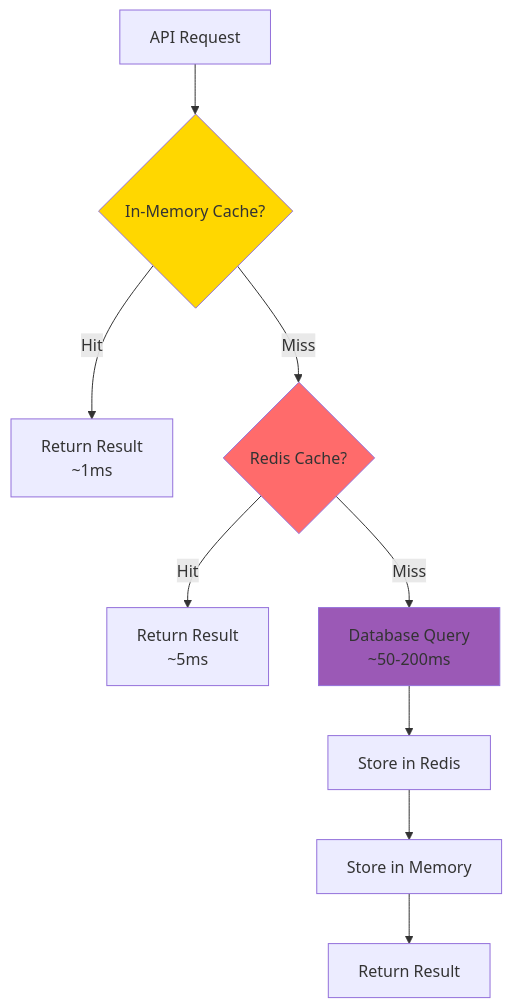
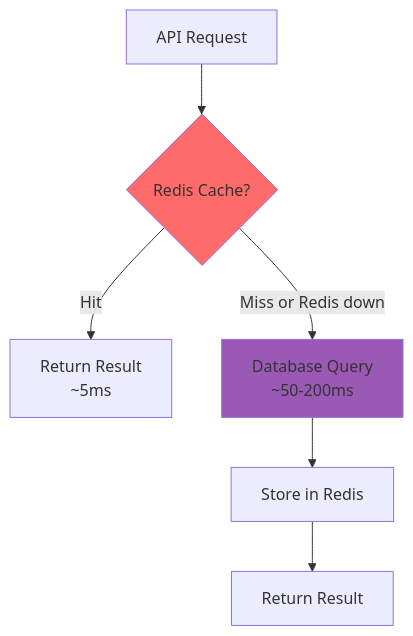
One commit to Ujjwaljain16/Fuze changed the diagram in docs/OPTIMIZATIONS.md. Above: the diagram before and after it, drawn with Mermaid. The commit also changed other lines of this file and 6 other files, not shown here.

First line of the commit message:
docs: architecture, API and security docs describe the code as it is

````diff
--- a/docs/OPTIMIZATIONS.md
+++ b/docs/OPTIMIZATIONS.md
@@ -457,18 +423,13 @@
 ```mermaid
 graph TB
-    Request[API Request] --> Layer1{In-Memory Cache?}
-    
-    Layer1 -->|Hit| Return1[Return Result<br/>~1ms]
-    Layer1 -->|Miss| Layer2{Redis Cache?}
-    
-    Layer2 -->|Hit| Return2[Return Result<br/>~5ms]
-    Layer2 -->|Miss| Layer3[Database Query<br/>~50-200ms]
-    
-    Layer3 --> Store1[Store in Redis]
-    Store1 --> Store2[Store in Memory]
-    Store2 --> Return3[Return Result]
-    
-    style Layer1 fill:#ffd700
-    style Layer2 fill:#ff6b6b
-    style Layer3 fill:#9b59b6
+    Request[API Request] --> Layer1{Redis Cache?}
+
+    Layer1 -->|Hit| Return1[Return Result<br/>~5ms]
+    Layer1 -->|Miss or Redis down| Layer2[Database Query<br/>~50-200ms]
+
+    Layer2 --> Store1[Store in Redis]
+    Store1 --> Return2[Return Result]
+
+    style Layer1 fill:#ff6b6b
+    style Layer2 fill:#9b59b6
 ```
````
